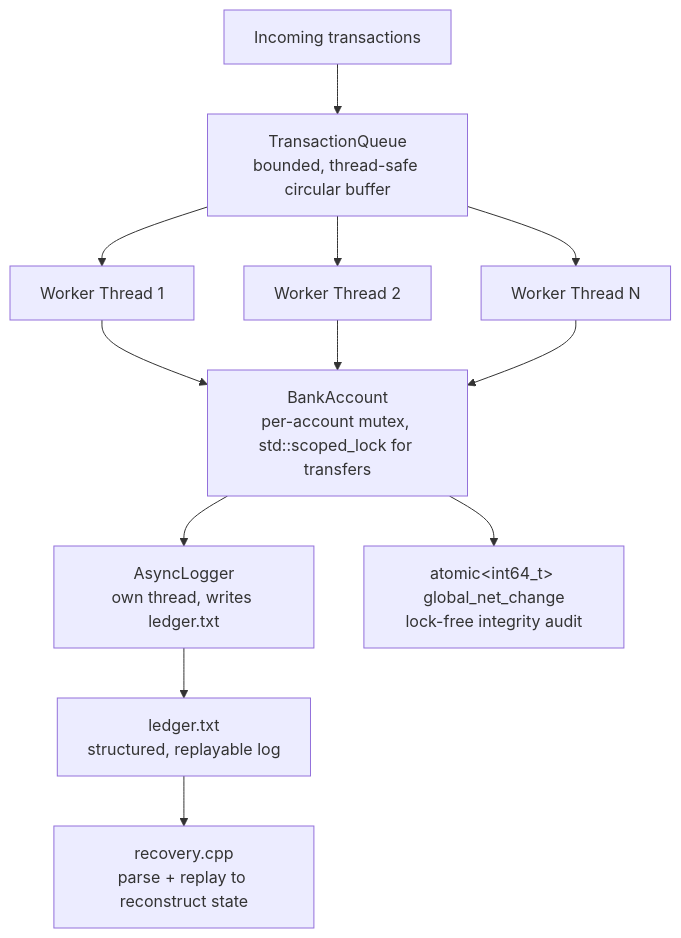
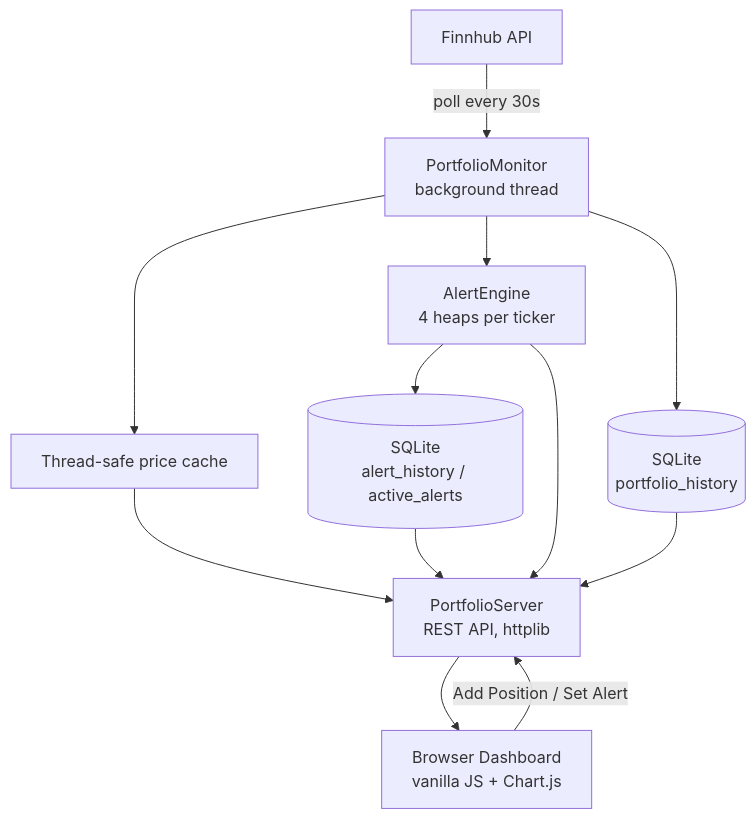
The diagram in README.md (Krishna-0976/PortfolioEngine), drawn with Mermaid before and after one commit. The commit also changed other lines of this file, not shown here.

````diff
--- a/README.md
+++ b/README.md
@@ -12,14 +13,14 @@
 ```mermaid
 graph TD
-    A[Incoming transactions] --> B[TransactionQueue<br/>bounded, thread-safe circular buffer]
-    B --> C1[Worker Thread 1]
-    B --> C2[Worker Thread 2]
-    B --> C3[Worker Thread N]
-    C1 --> D[BankAccount<br/>per-account mutex, std::scoped_lock for transfers]
-    C2 --> D
-    C3 --> D
-    D --> E[AsyncLogger<br/>own thread, writes ledger.txt]
-    D --> F[atomic&lt;int64_t&gt; global_net_change<br/>lock-free integrity audit]
-    E --> G[ledger.txt<br/>structured, replayable log]
-    G --> H[recovery.cpp<br/>parse + replay to reconstruct state]
+    A[Finnhub API] -->|poll every 30s| B[PortfolioMonitor<br/>background thread]
+    B --> C[Thread-safe price cache]
+    B --> D[AlertEngine<br/>4 heaps per ticker]
+    B --> E[(SQLite<br/>portfolio_history)]
+    D --> F[(SQLite<br/>alert_history / active_alerts)]
+    C --> G[PortfolioServer<br/>REST API, httplib]
+    D --> G
+    E --> G
+    F --> G
+    G --> H[Browser Dashboard<br/>vanilla JS + Chart.js]
+    H -->|Add Position / Set Alert| G
 ```
````
